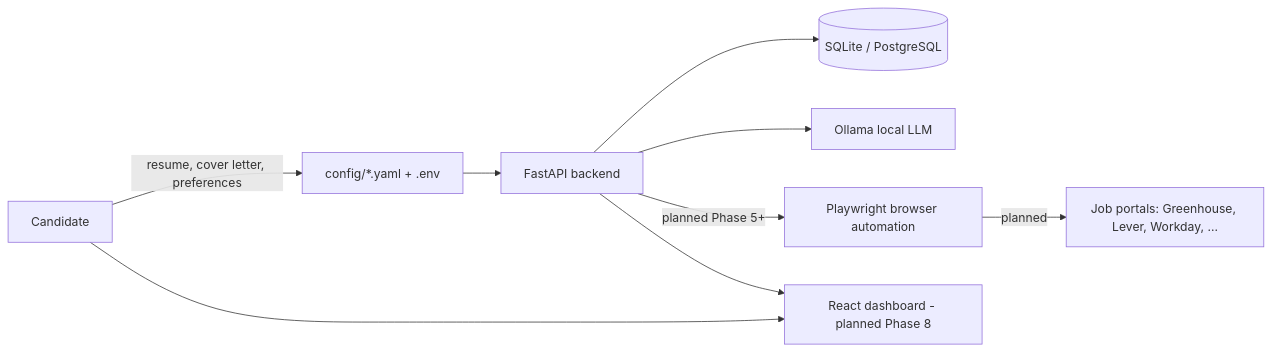
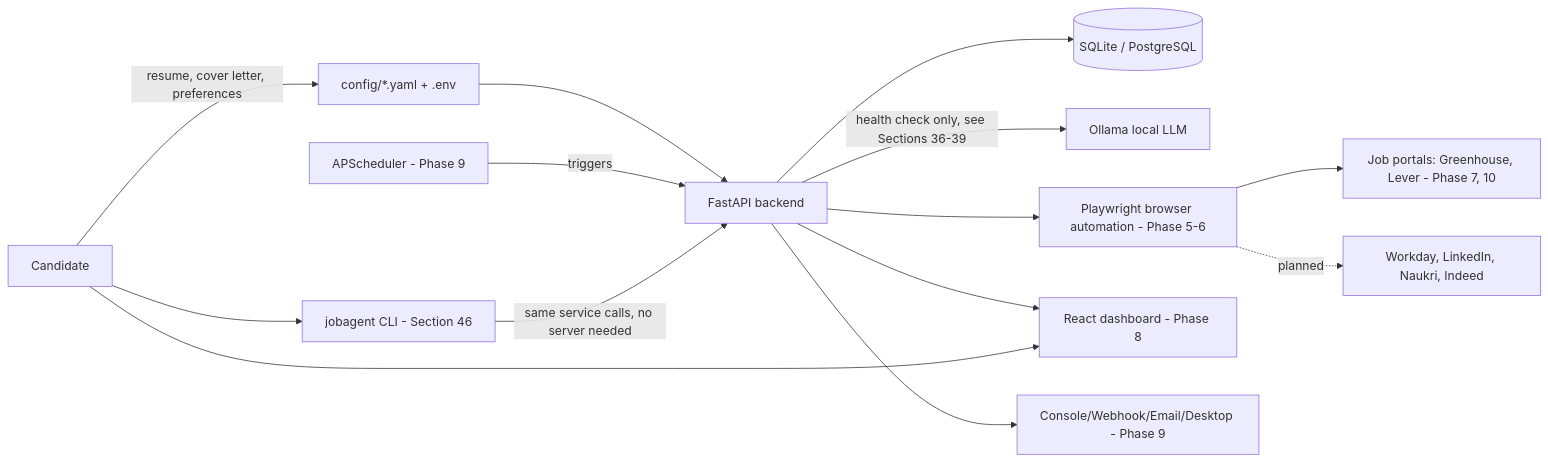
One commit to TravelXML/Langchain changed the first of 22 diagrams in ARCHITECTURE.md. Above: the diagram before and after it, drawn with Mermaid. The commit also changed other lines of this file and 134 other files, not shown here.

````diff
--- a/ARCHITECTURE.md
+++ b/ARCHITECTURE.md
@@ -9,11 +9,16 @@
 ```mermaid
 flowchart LR
     Candidate[Candidate] -->|resume, cover letter, preferences| Config[config/*.yaml + .env]
     Config --> Backend[FastAPI backend]
     Backend --> DB[(SQLite / PostgreSQL)]
-    Backend --> LLM[Ollama local LLM]
-    Backend -->|planned Phase 5+| Browser[Playwright browser automation]
-    Browser -->|planned| Portals[Job portals: Greenhouse, Lever, Workday, ...]
-    Backend --> Dashboard[React dashboard - planned Phase 8]
+    Backend -->|health check only, see Sections 36-39| LLM[Ollama local LLM]
+    Backend --> Browser[Playwright browser automation - Phase 5-6]
+    Browser --> Portals[Job portals: Greenhouse, Lever - Phase 7, 10]
+    Browser -.->|planned| PortalsPlanned[Workday, LinkedIn, Naukri, Indeed]
+    Backend --> Dashboard[React dashboard - Phase 8]
     Candidate --> Dashboard
+    Scheduler[APScheduler - Phase 9] -->|triggers| Backend
+    Backend --> Notifications[Console/Webhook/Email/Desktop - Phase 9]
+    CLI["jobagent CLI - Section 46"] -->|same service calls, no server needed| Backend
+    Candidate --> CLI
 ```
````
